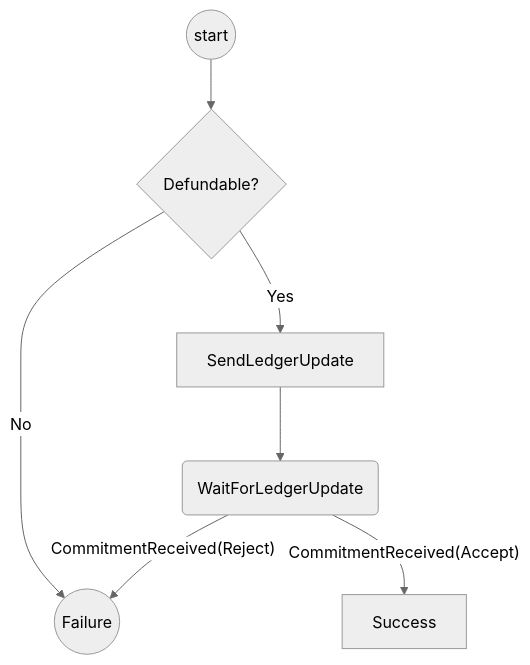
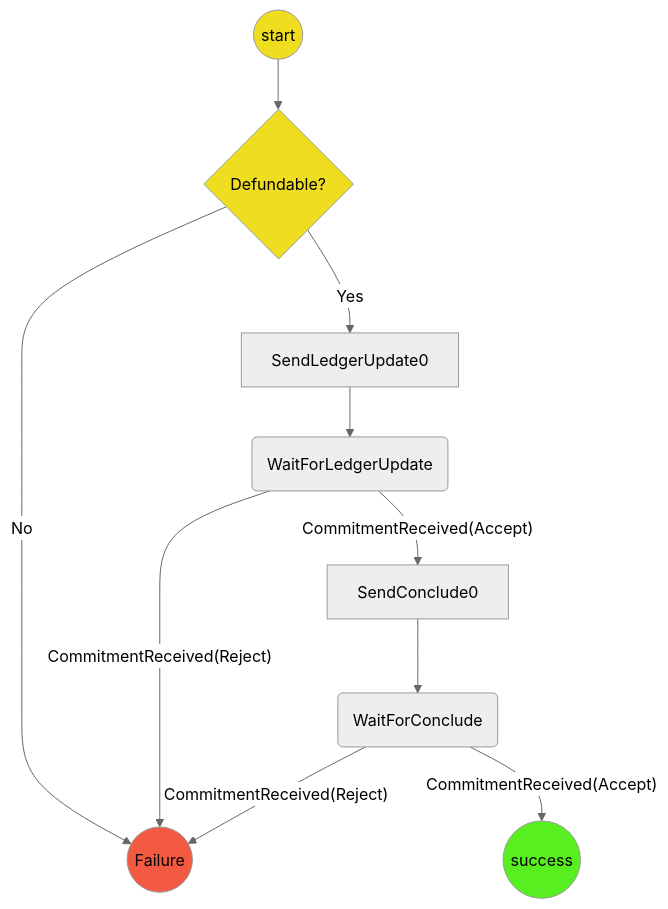
One commit to statechannels/statechannels changed the first of 2 diagrams in packages/rps/packages/wallet/src/redux/protocols/indirect-defunding/readme.md. Above: the diagram before and after it, drawn with Mermaid (neutral theme). The commit also changed other lines of this file and 76 other files, not shown here.

````diff
--- a/packages/rps/packages/wallet/src/redux/protocols/indirect-defunding/readme.md
+++ b/packages/rps/packages/wallet/src/redux/protocols/indirect-defunding/readme.md
@@ -15,9 +18,18 @@
 ```mermaid
 graph TD
+linkStyle default interpolate basis
   St((start))-->DF{Defundable?}
   DF --> |No| F((Failure))
-  DF -->|Yes|SC0[SendLedgerUpdate]
+  DF -->|Yes|SC0[SendLedgerUpdate0]
   SC0-->WFU(WaitForLedgerUpdate)
-  WFU --> |"CommitmentReceived(Accept)"|Su[Success]
+  WFU --> |"CommitmentReceived(Accept)"|SCo0[SendConclude0]
   WFU --> |"CommitmentReceived(Reject)"| F
+  SCo0 -->WFC(WaitForConclude)
+  WFC --> |"CommitmentReceived(Accept)"|Su((success))
+  WFC --> |"CommitmentReceived(Reject)"| F
+
+  style St  fill:#efdd20
+  style DF  fill:#efdd20
+  style Su fill:#58ef21
+  style F  fill:#f45941
 ```
````
